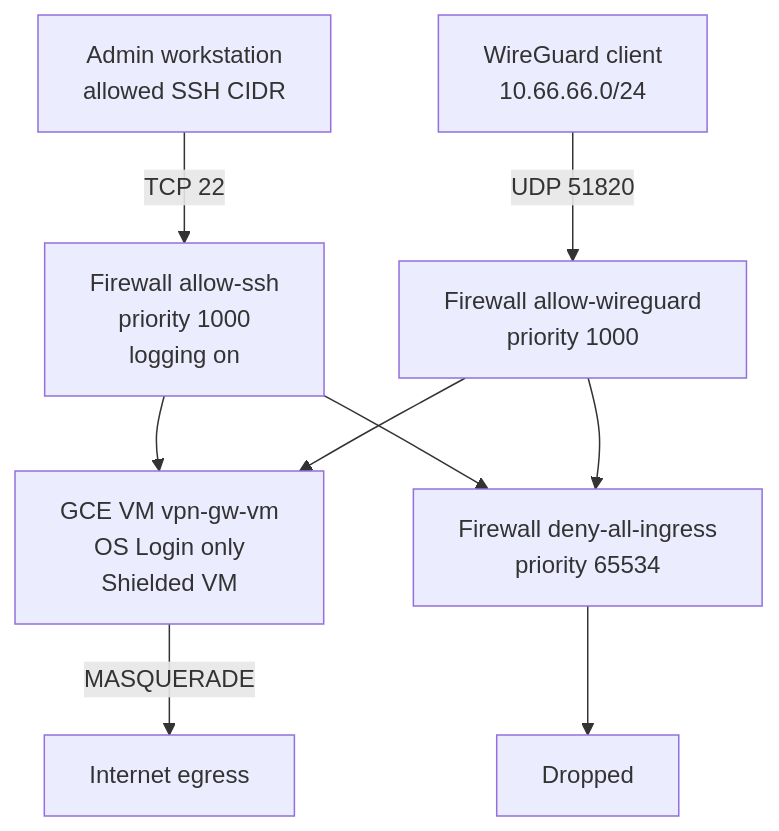
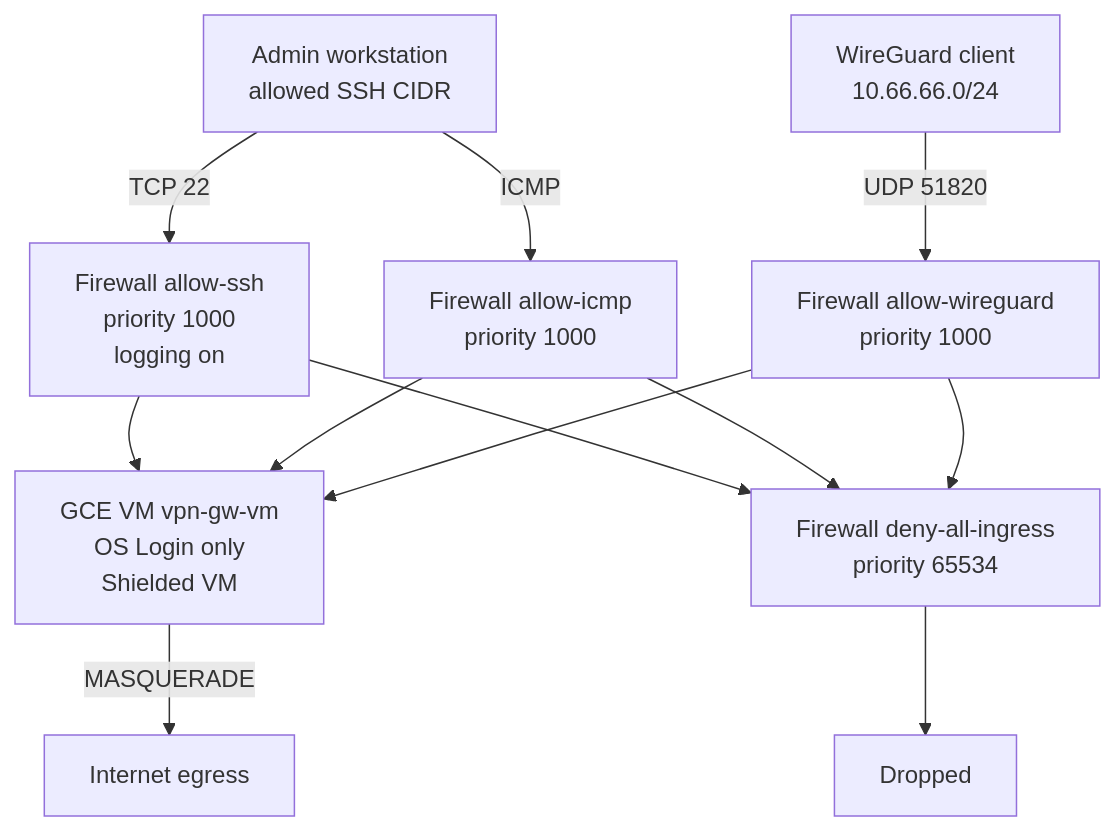
One commit to shaposhnikoff/gcp_wireguard_vpn_terraform_using_ai changed the first of 2 diagrams in docs/diagrams/ssh-vpn-access-flow.md. Above: the diagram before and after it, drawn with Mermaid. The commit also changed other lines of this file and 6 other files, not shown here.

First line of the commit message:
feat: allow ICMP diagnostics from administrative ranges (#5)

````diff
--- a/docs/diagrams/ssh-vpn-access-flow.md
+++ b/docs/diagrams/ssh-vpn-access-flow.md
@@ -8,11 +8,14 @@
 ```mermaid
 flowchart TD
     Admin["Admin workstation<br/>allowed SSH CIDR"] -->|"TCP 22"| FWSSH["Firewall allow-ssh<br/>priority 1000<br/>logging on"]
+    Admin -->|"ICMP"| FWICMP["Firewall allow-icmp<br/>priority 1000"]
     Client["WireGuard client<br/>10.66.66.0/24"] -->|"UDP 51820"| FWVPN["Firewall allow-wireguard<br/>priority 1000"]
     FWSSH --> VM["GCE VM vpn-gw-vm<br/>OS Login only<br/>Shielded VM"]
+    FWICMP --> VM
     FWVPN --> VM
     VM -->|"MASQUERADE"| Egress["Internet egress"]
     FWSSH --> Deny["Firewall deny-all-ingress<br/>priority 65534"]
+    FWICMP --> Deny
     FWVPN --> Deny
     Deny --> Drop["Dropped"]
 ```
````
